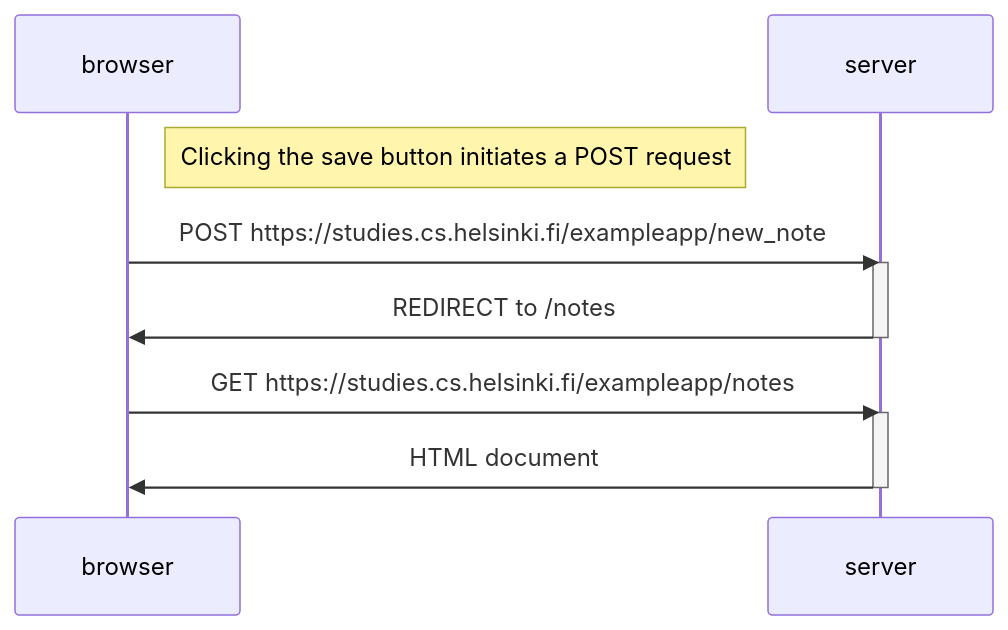
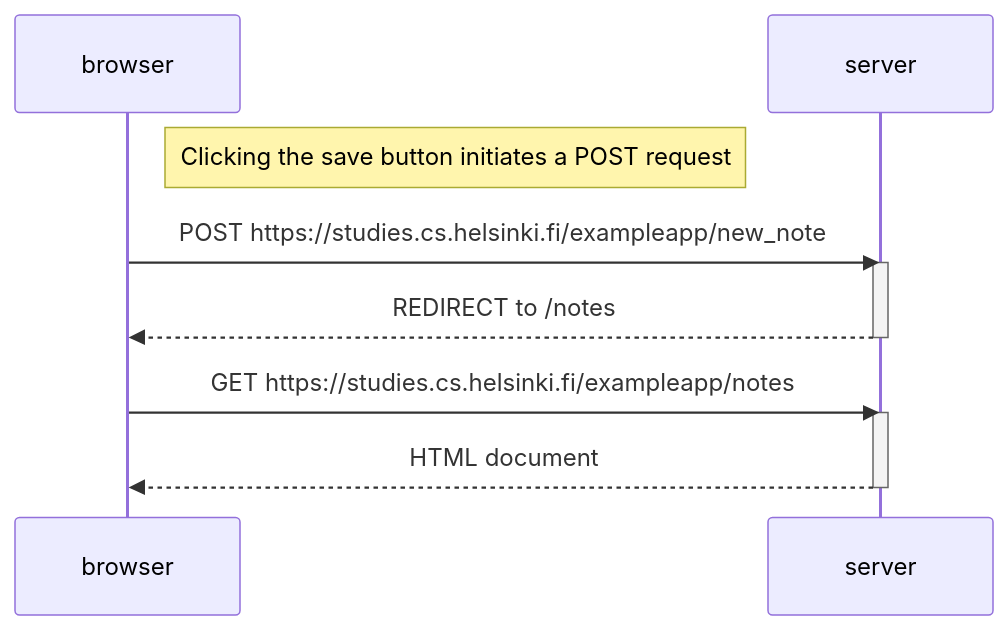
Before and after one commit to LateBloomer22/fullStackOpen: the diagram in part0/0.4newNoteDiagram.md, drawn with Mermaid.

Commit message:
Added dotted lines from server to browser'

````diff
--- a/part0/0.4newNoteDiagram.md
+++ b/part0/0.4newNoteDiagram.md
@@ -1,18 +1,18 @@
 ```mermaid
 sequenceDiagram
-    participant browser
-    participant server
+participant browser
+participant server
 
     Note right of browser: Clicking the save button initiates a POST request
 
     browser ->> server: POST https://studies.cs.helsinki.fi/exampleapp/new_note
     activate server
-    server ->> browser: REDIRECT to /notes
+    server -->> browser: REDIRECT to /notes
     deactivate server
 
     browser ->> server : GET https://studies.cs.helsinki.fi/exampleapp/notes
     activate server
-    server ->> browser: HTML document
+    server -->> browser: HTML document
     deactivate server
 
 ```
````
